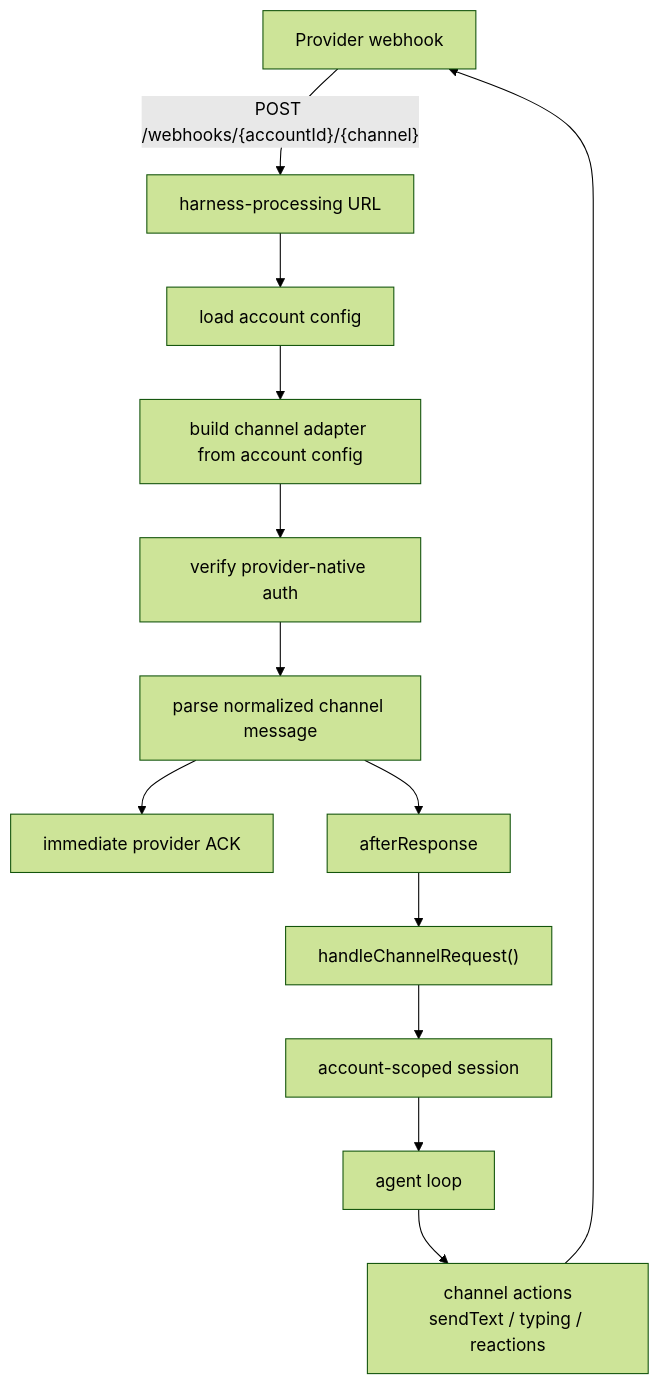
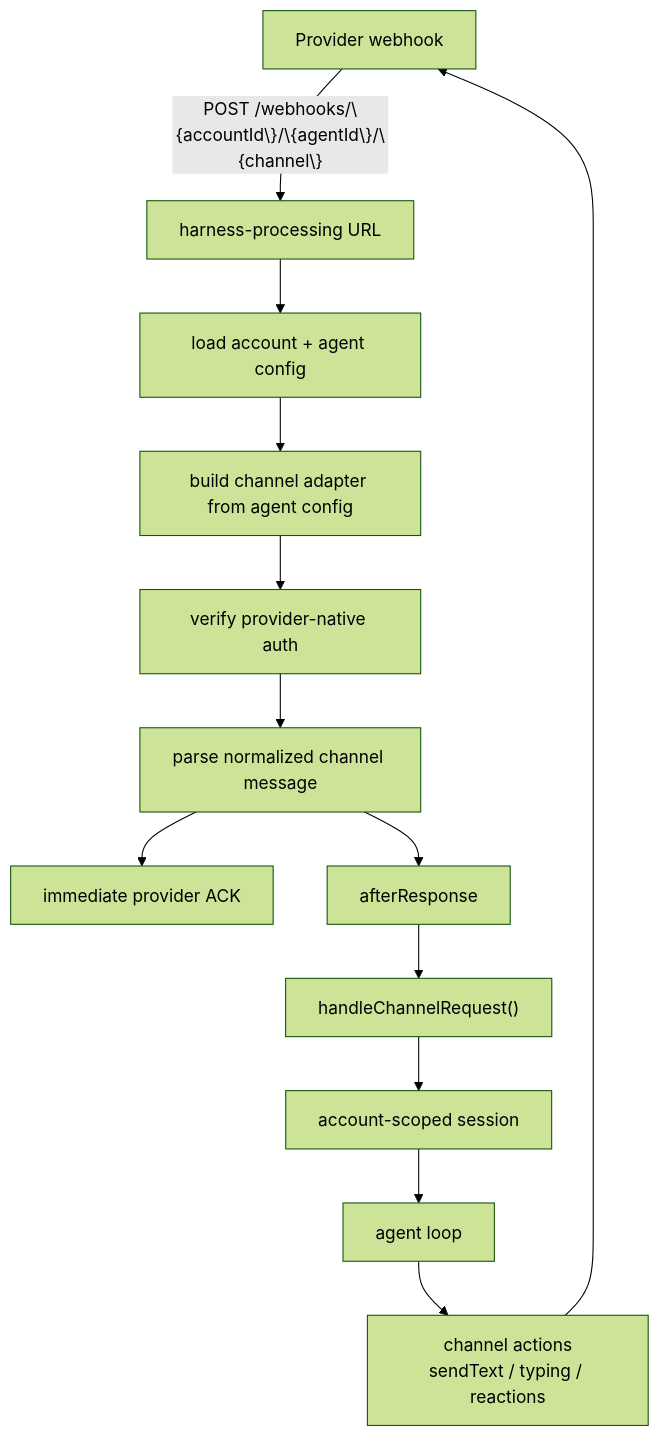
The eighth of 10 diagrams in docs/architecture.md (beeblastco/filthy-panty), drawn with Mermaid (forest theme) before and after one commit. The commit also changed other lines of this file and 187 other files, not shown here.

````diff
--- a/docs/architecture.md
+++ b/docs/architecture.md
@@ -129,15 +207,15 @@
 ```mermaid
 flowchart TD
-  Provider["Provider webhook"] -->|"POST /webhooks/{accountId}/{channel}"| Url["harness-processing URL"]
-  Url --> Load["load account config"]
-  Load --> Adapter["build channel adapter from account config"]
+  Provider["Provider webhook"] -->|"POST /webhooks/\{accountId\}/\{agentId\}/\{channel\}"| Url["harness-processing URL"]
+  Url --> Load["load account + agent config"]
+  Load --> Adapter["build channel adapter from agent config"]
   Adapter --> Auth["verify provider-native auth"]
   Auth --> Parse["parse normalized channel message"]
   Parse --> Ack["immediate provider ACK"]
   Parse --> After["afterResponse"]
   After --> Handler["handleChannelRequest()"]
   Handler --> Session["account-scoped session"]
   Session --> Agent["agent loop"]
   Agent --> Reply["channel actions<br/>sendText / typing / reactions"]
   Reply --> Provider
 ```
````
